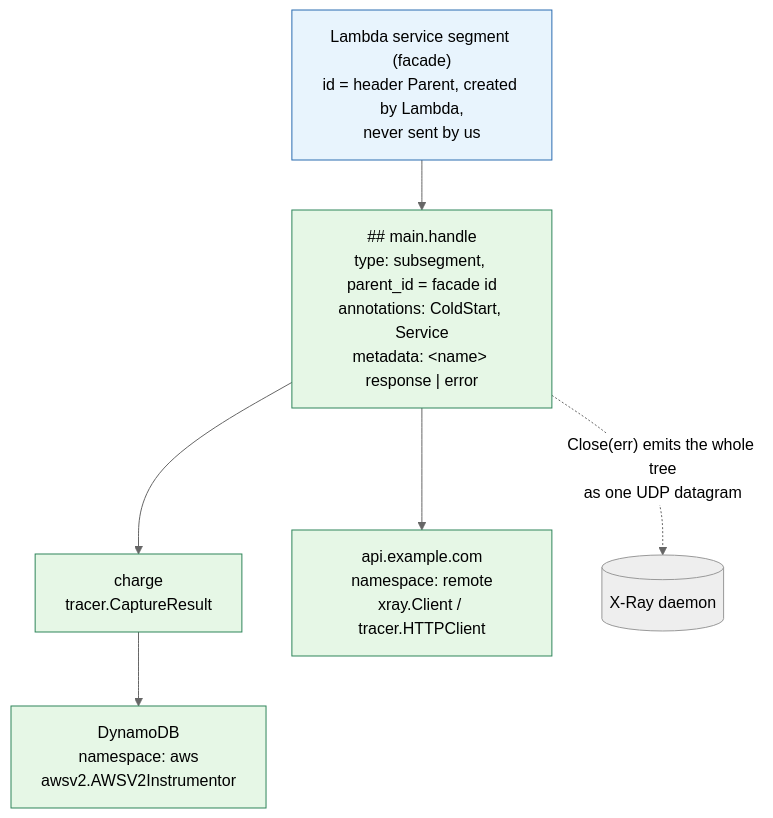
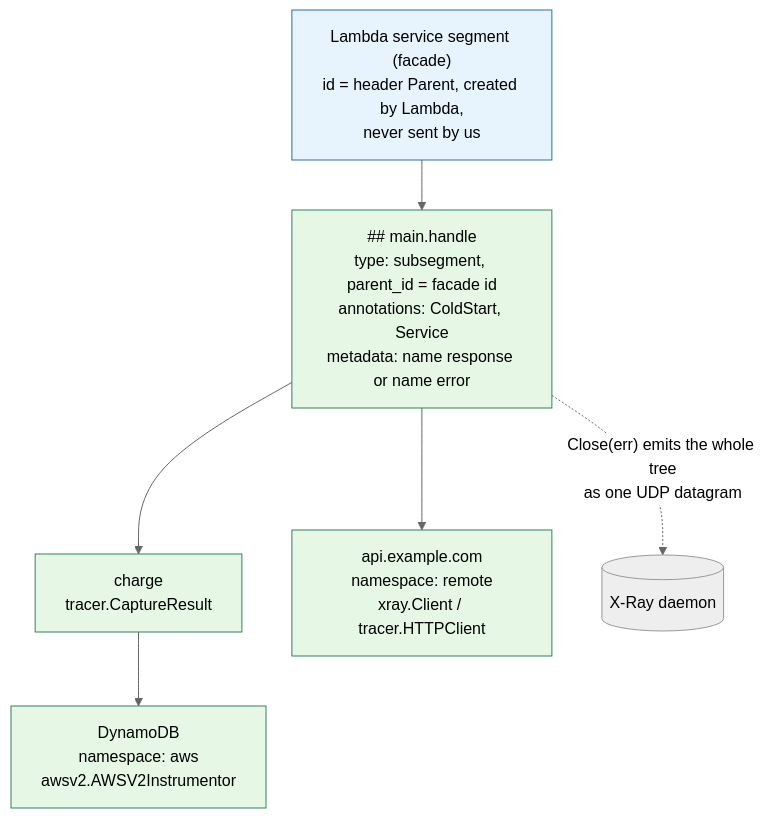
Before and after one commit to christiangda/powertools-lambda-go-plan: the first of 3 diagrams in 04-tracer.md, drawn with Mermaid (neutral theme). The commit also changed other lines of this file and 6 other files, not shown here.

First line of the commit message:
Fix Mermaid diagrams for GitHub rendering

````diff
--- a/04-tracer.md
+++ b/04-tracer.md
@@ -41,17 +41,17 @@
 ```mermaid
 flowchart TB
   facade["Lambda service segment (facade)<br/>id = header Parent, created by Lambda,<br/>never sent by us"]
-  h["## main.handle<br/>type: subsegment, parent_id = facade id<br/>annotations: ColdStart, Service<br/>metadata: &lt;name&gt; response | error"]
+  h["## main.handle<br/>type: subsegment, parent_id = facade id<br/>annotations: ColdStart, Service<br/>metadata: name response or name error"]
   c["charge<br/>tracer.CaptureResult"]
   ddb["DynamoDB<br/>namespace: aws<br/>awsv2.AWSV2Instrumentor"]
   api["api.example.com<br/>namespace: remote<br/>xray.Client / tracer.HTTPClient"]
   facade --> h
   h --> c
   c --> ddb
   h --> api
   h -. Close(err) emits the whole tree<br/>as one UDP datagram .-> daemon[("X-Ray daemon")]
   classDef lambda fill:#e8f4fd,stroke:#2b6cb0,color:#000;
   classDef ours fill:#e6f7e6,stroke:#2f855a,color:#000;
   class facade lambda;
   class h,c,ddb,api ours;
 ```
````
